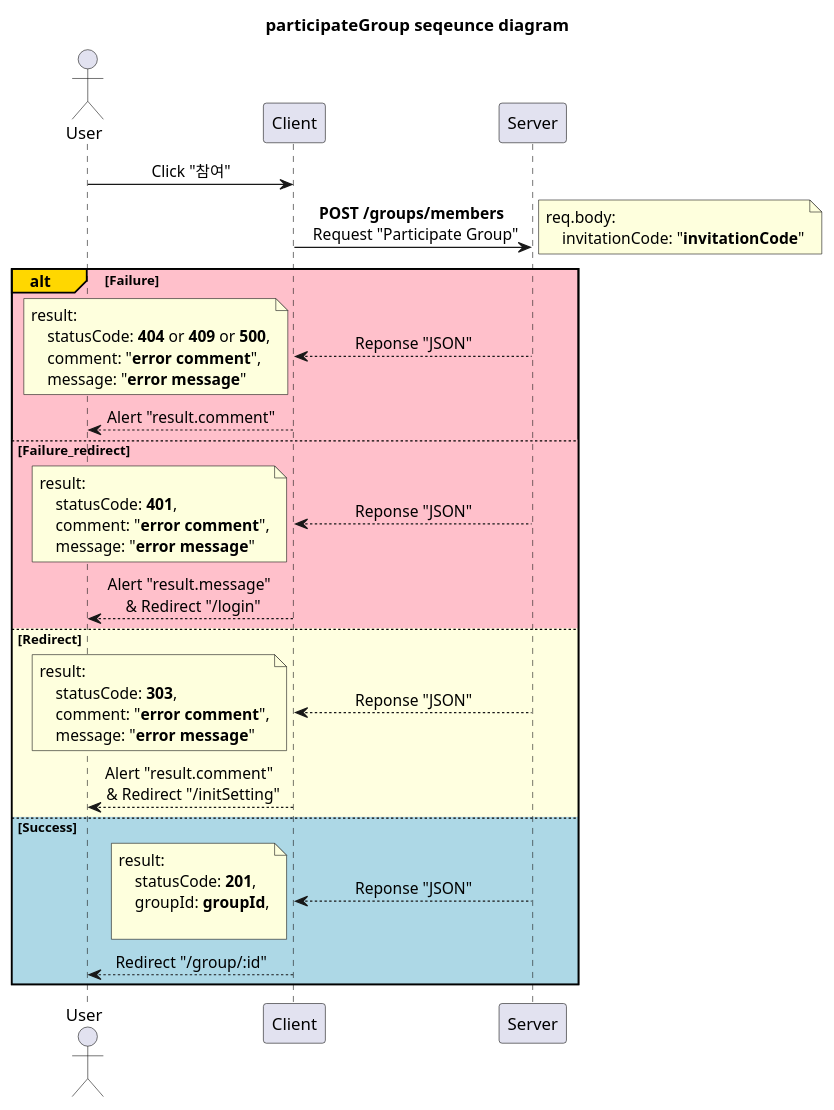
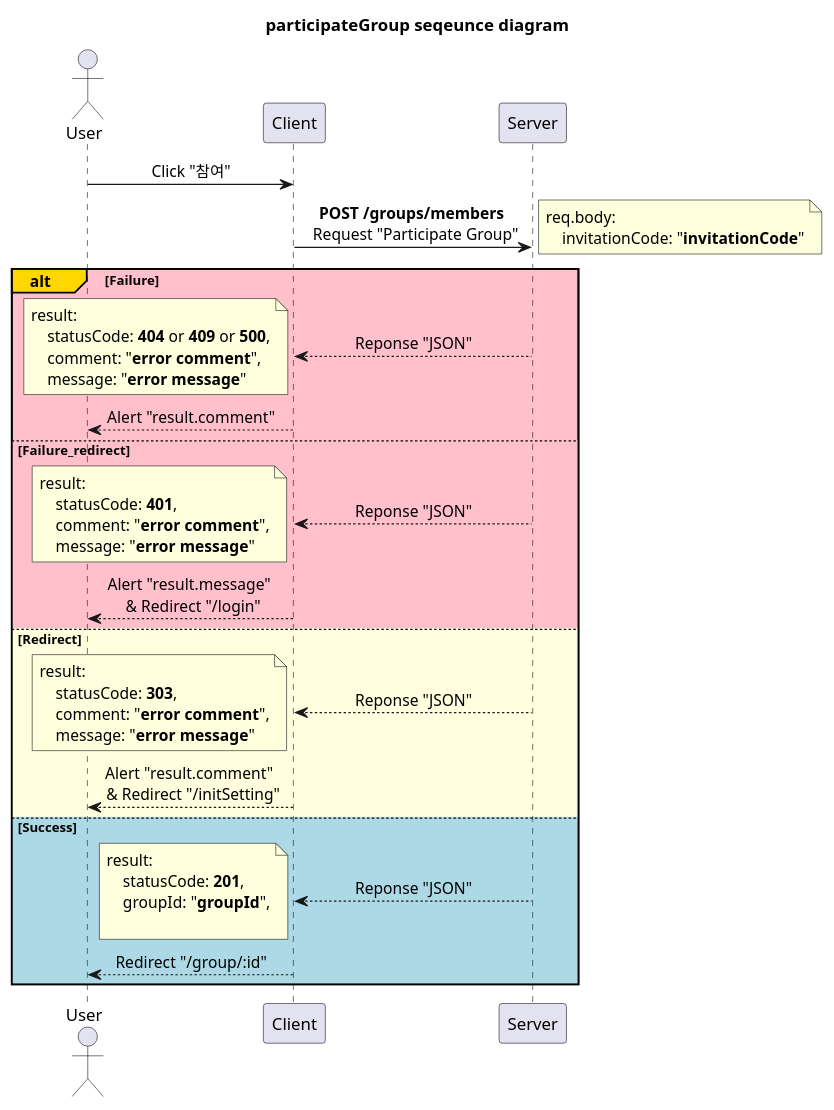
The diagram in diagram/userHome_page/participateGroup.puml (devSeungBin/SSCS), drawn with PlantUML before and after one commit. The commit also changed 22 other files, not shown here.

```diff
--- a/diagram/userHome_page/participateGroup.puml
+++ b/diagram/userHome_page/participateGroup.puml
@@ -1,62 +1,62 @@
 @startuml participateGroup
 'http://localhost:3000/userHome
 
 title participateGroup seqeunce diagram
 
 skinparam SequenceMessageAlignment center
 
 participant Server order 30
 participant Client order 20
 actor User order 10
 
 User -> Client: Click "참여"
 
 Client -> Server: **POST /groups/members** \n Request "Participate Group"
 note right
     req.body:
         invitationCode: "**invitationCode**"
 end note
 
 alt#Gold #Pink Failure
     Client <-- Server: Reponse "JSON"
     note left
         result:
             statusCode: **404** or **409** or **500**,
             comment: "**error comment**",
             message: "**error message**"
     end note
     User <-- Client: Alert "result.comment"
 
 else #Pink Failure_redirect
     Client <-- Server: Reponse "JSON"
     note left
         result:
             statusCode: **401**,
             comment: "**error comment**",
             message: "**error message**"
     end note
     User <-- Client: Alert "result.message" \n & Redirect "/login"
 
 else #LightYellow Redirect
     Client <-- Server: Reponse "JSON"
     note left
         result:
             statusCode: **303**,
             comment: "**error comment**",
             message: "**error message**"
     end note
     User <-- Client: Alert "result.comment" \n & Redirect "/initSetting"
 
 else #LightBlue Success
     Client <-- Server: Reponse "JSON"
     note left
         result:
             statusCode: **201**,
-            groupId: **groupId**,
+            groupId: "**groupId**",
 
     end note
     User <-- Client: Redirect "/group/:id"
 
 end
 
 @enduml
```
